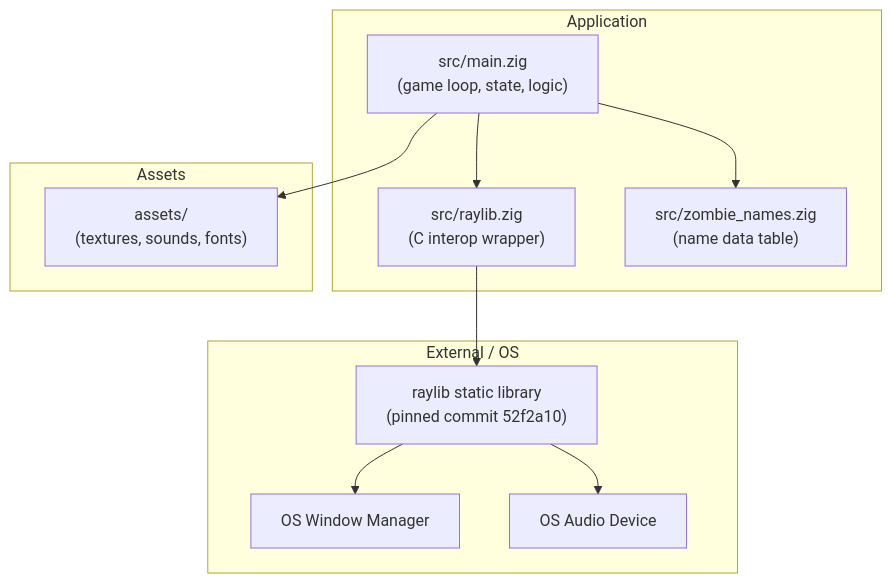
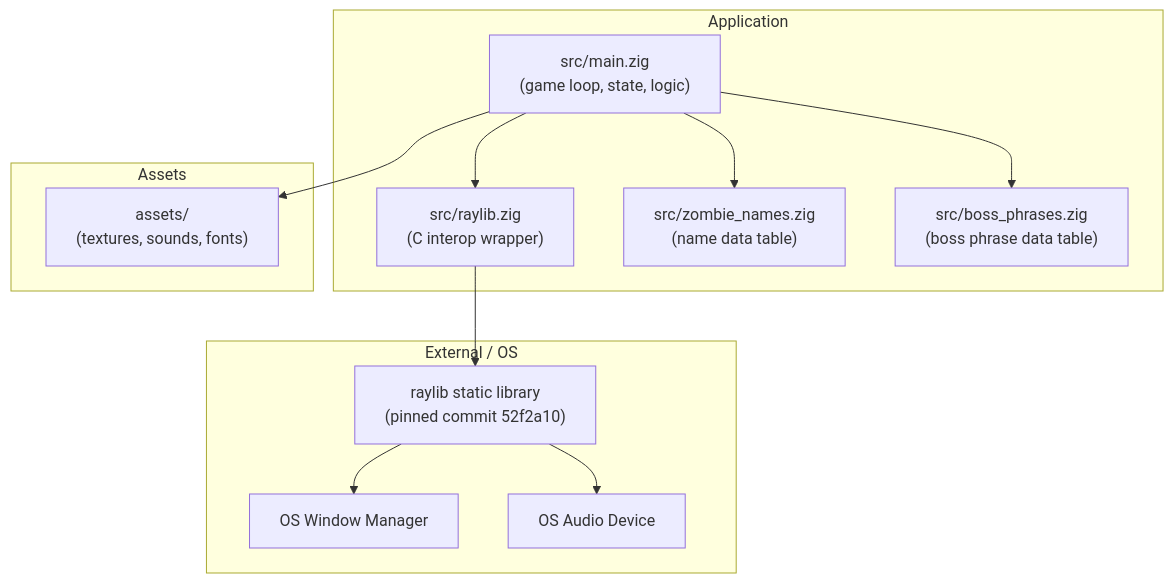
The first of 3 diagrams in specs/specifications/architecture.md (bfernandez31/death-note), drawn with Mermaid before and after one commit. The commit also changed other lines of this file and 4 other files, not shown here.

````diff
--- a/specs/specifications/architecture.md
+++ b/specs/specifications/architecture.md
@@ -41,25 +41,27 @@
 ```mermaid
 graph TB
     subgraph Application
         MAIN["src/main.zig\n(game loop, state, logic)"]
         RLIB["src/raylib.zig\n(C interop wrapper)"]
         NAMES["src/zombie_names.zig\n(name data table)"]
+        PHRASES["src/boss_phrases.zig\n(boss phrase data table)"]
     end
 
     subgraph External_OS["External / OS"]
         RAYLIB_LIB["raylib static library\n(pinned commit 52f2a10)"]
         WINDOW["OS Window Manager"]
         AUDIO["OS Audio Device"]
     end
 
     subgraph Assets
         ASSETS["assets/\n(textures, sounds, fonts)"]
     end
 
     MAIN --> RLIB
     MAIN --> NAMES
+    MAIN --> PHRASES
     RLIB --> RAYLIB_LIB
     RAYLIB_LIB --> WINDOW
     RAYLIB_LIB --> AUDIO
     MAIN --> ASSETS
 ```
````
